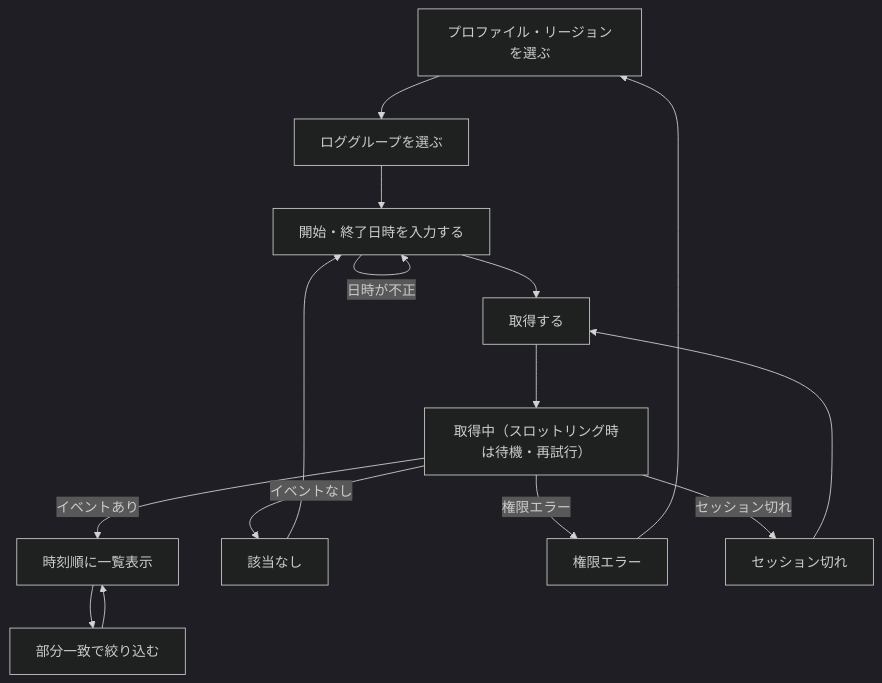
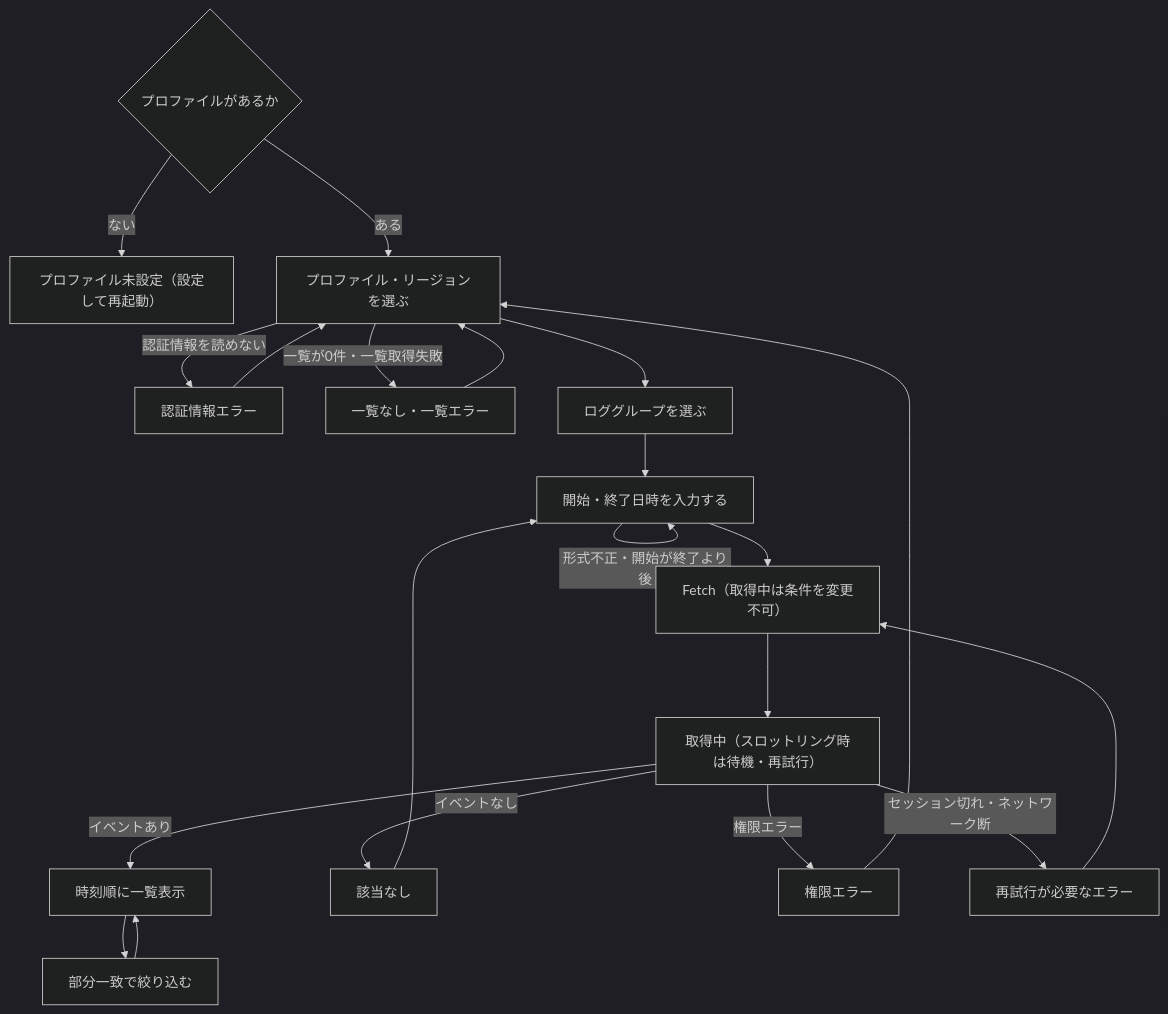
The diagram in aidlc/spaces/default/intents/261002-cwlogs-viewer/ideation/rough-mockups/user-flow.md (kdnakt/local-sights), drawn with Mermaid (dark theme) before and after one commit. The commit also changed other lines of this file and 9 other files, not shown here.

````diff
--- a/aidlc/spaces/default/intents/261002-cwlogs-viewer/ideation/rough-mockups/user-flow.md
+++ b/aidlc/spaces/default/intents/261002-cwlogs-viewer/ideation/rough-mockups/user-flow.md
@@ -27,17 +31,23 @@
 ```mermaid
 flowchart TD
-  S1["プロファイル・リージョンを選ぶ"] --> S2["ロググループを選ぶ"]
+  P0{"プロファイルがあるか"} -->|"ない"| E0["プロファイル未設定（設定して再起動）"]
+  P0 -->|"ある"| S1["プロファイル・リージョンを選ぶ"]
+  S1 -->|"認証情報を読めない"| E4["認証情報エラー"]
+  E4 --> S1
+  S1 -->|"一覧が0件・一覧取得失敗"| E5["一覧なし・一覧エラー"]
+  E5 --> S1
+  S1 --> S2["ロググループを選ぶ"]
   S2 --> S3["開始・終了日時を入力する"]
-  S3 -->|"日時が不正"| S3
-  S3 --> S4["取得する"]
+  S3 -->|"形式不正・開始が終了より後"| S3
+  S3 --> S4["Fetch（取得中は条件を変更不可）"]
   S4 --> W["取得中（スロットリング時は待機・再試行）"]
   W -->|"イベントあり"| R["時刻順に一覧表示"]
   W -->|"イベントなし"| E1["該当なし"]
   W -->|"権限エラー"| E2["権限エラー"]
-  W -->|"セッション切れ"| E3["セッション切れ"]
+  W -->|"セッション切れ・ネットワーク断"| E3["再試行が必要なエラー"]
   E1 --> S3
   E2 --> S1
   E3 --> S4
   R --> F["部分一致で絞り込む"]
   F --> R
 ```
````
